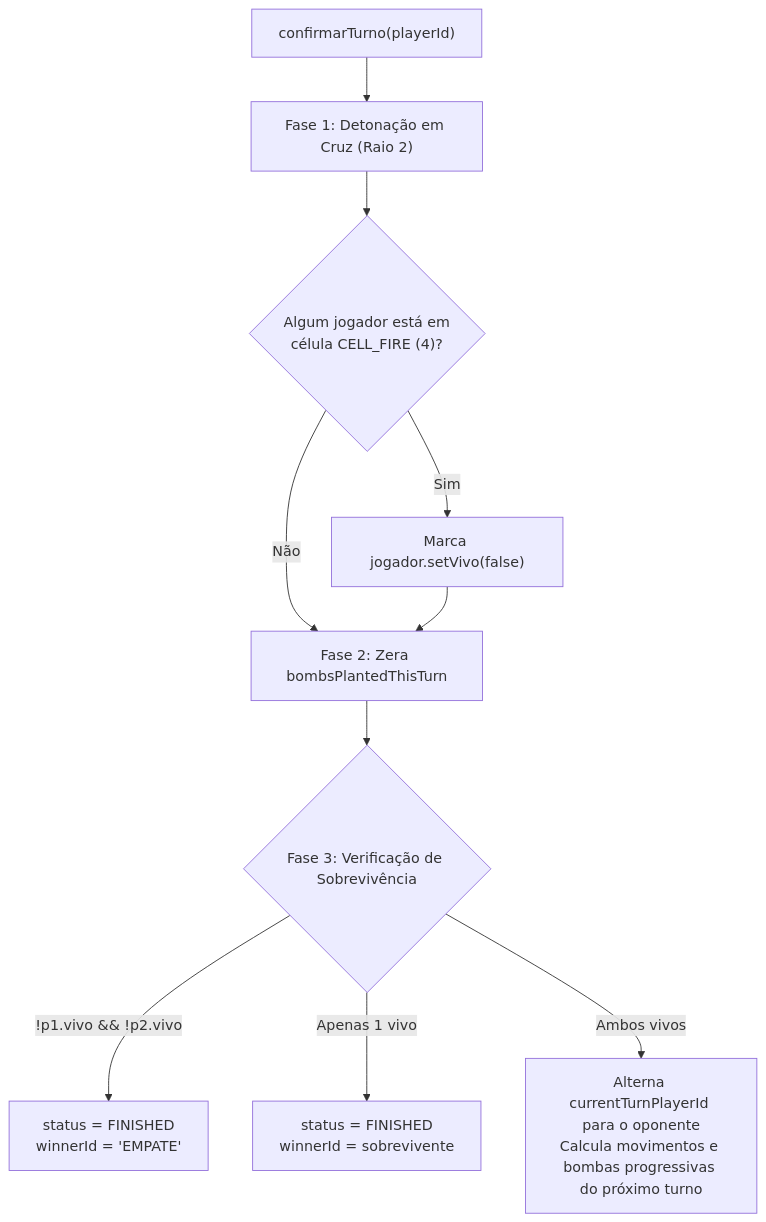
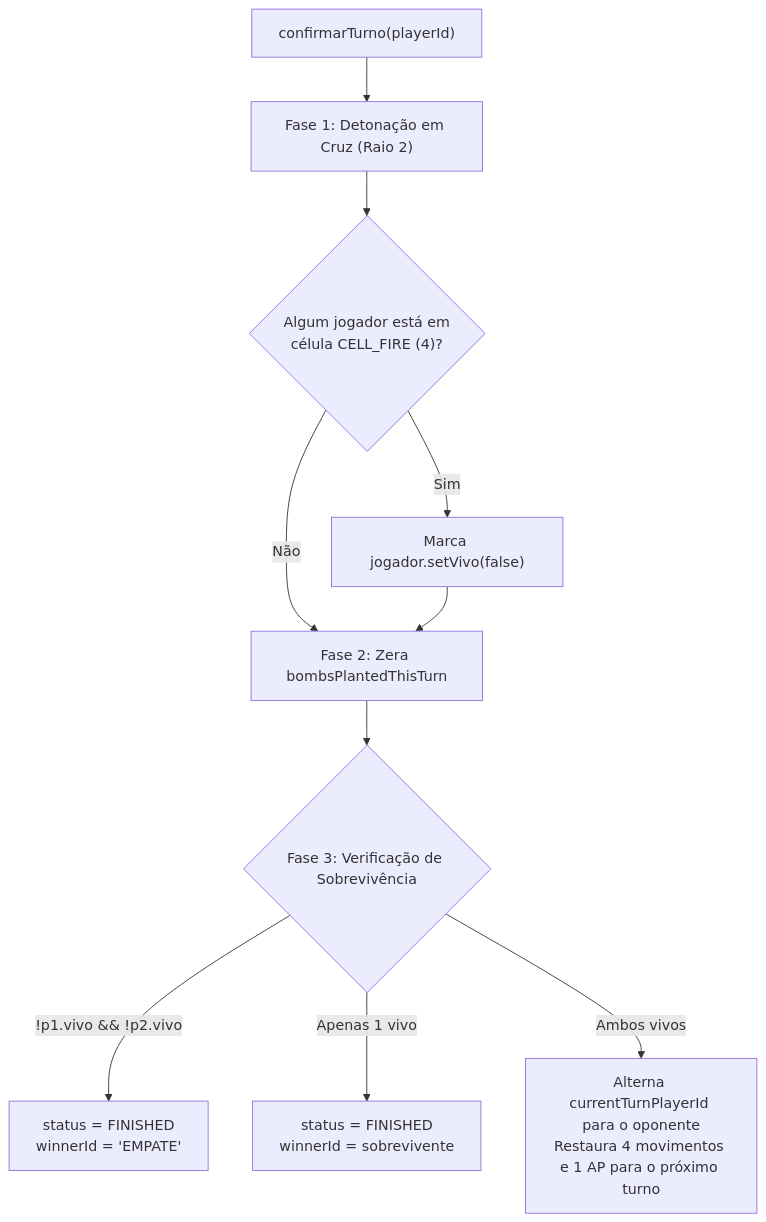
Before and after one commit to emn-f/bomberman-sd: the second of 2 diagrams in docs/GUIA_ESTUDO_BACKEND.md, drawn with Mermaid. The commit also changed other lines of this file and 10 other files, not shown here.

````diff
--- a/docs/GUIA_ESTUDO_BACKEND.md
+++ b/docs/GUIA_ESTUDO_BACKEND.md
@@ -157,12 +157,12 @@
 ```mermaid
 flowchart TD
     A["confirmarTurno(playerId)"] --> B["Fase 1: Detonação em Cruz (Raio 2)"]
     B --> C{"Algum jogador está em<br/>célula CELL_FIRE (4)?"}
     C -- Sim --> D["Marca jogador.setVivo(false)"]
     C -- Não --> E["Fase 2: Zera bombsPlantedThisTurn"]
     D --> E
     E --> F{"Fase 3: Verificação de Sobrevivência"}
     F -- "!p1.vivo && !p2.vivo" --> G["status = FINISHED<br/>winnerId = 'EMPATE'"]
     F -- "Apenas 1 vivo" --> H["status = FINISHED<br/>winnerId = sobrevivente"]
-    F -- "Ambos vivos" --> I["Alterna currentTurnPlayerId para o oponente<br/>Calcula movimentos e bombas progressivas do próximo turno"]
+    F -- "Ambos vivos" --> I["Alterna currentTurnPlayerId para o oponente<br/>Restaura 4 movimentos e 1 AP para o próximo turno"]
 ```
````
